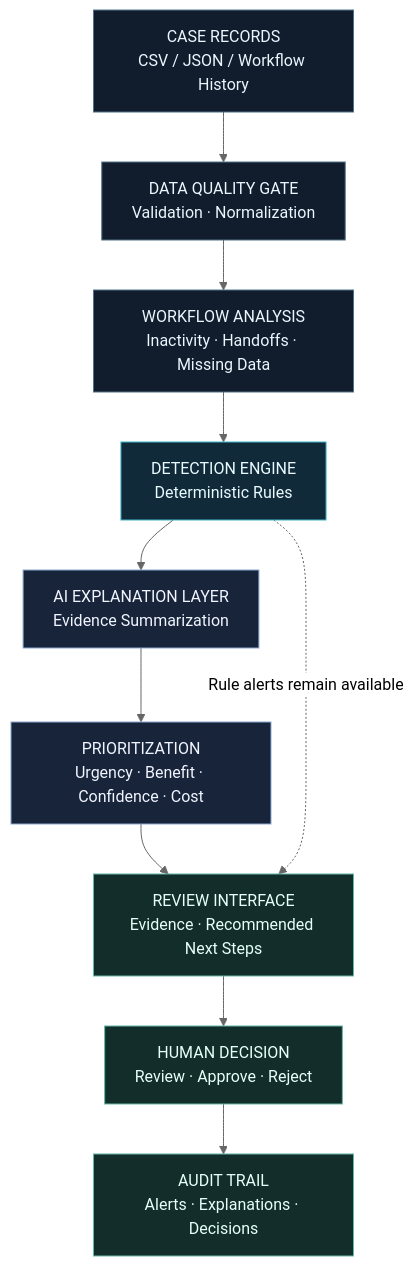
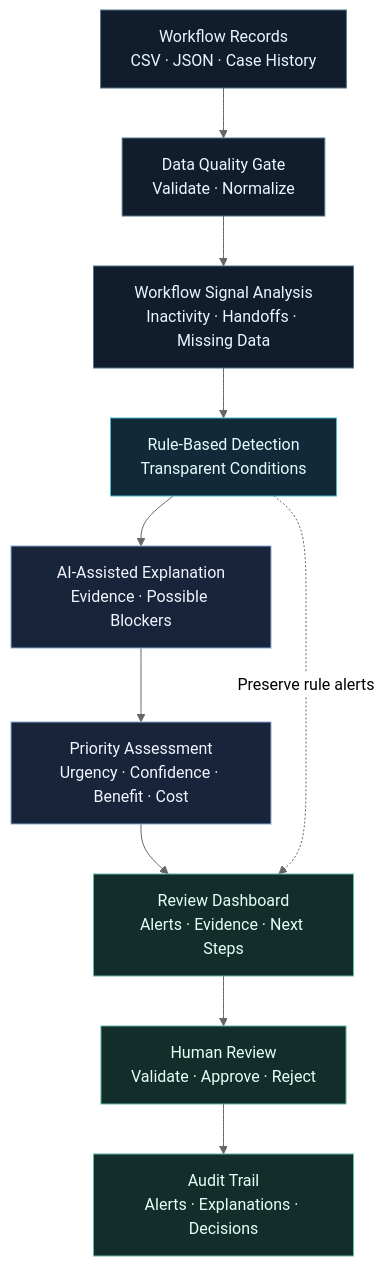
Before and after one commit to angeljainxcode/Ghost-queue-: the diagram in README.md, drawn with Mermaid (neutral theme). The commit also changed other lines of this file, not shown here.

````diff
--- a/README.md
+++ b/README.md
@@ -76,27 +87,26 @@
 ```mermaid
-flowchart TB
-    A["CASE RECORDS<br/>CSV / JSON / Workflow History"]
-    B["DATA QUALITY GATE<br/>Validation · Normalization"]
-    C["WORKFLOW ANALYSIS<br/>Inactivity · Handoffs · Missing Data"]
-    D["DETECTION ENGINE<br/>Deterministic Rules"]
-    E["AI EXPLANATION LAYER<br/>Evidence Summarization"]
-    F["PRIORITIZATION<br/>Urgency · Benefit · Confidence · Cost"]
-    G["REVIEW INTERFACE<br/>Evidence · Recommended Next Steps"]
-    H["HUMAN DECISION<br/>Review · Approve · Reject"]
-    I["AUDIT TRAIL<br/>Alerts · Explanations · Decisions"]
+flowchart TD
+    A["Workflow Records<br/>CSV · JSON · Case History"]
+    B["Data Quality Gate<br/>Validate · Normalize"]
+    C["Workflow Signal Analysis<br/>Inactivity · Handoffs · Missing Data"]
+    D["Rule-Based Detection<br/>Transparent Conditions"]
+    E["AI-Assisted Explanation<br/>Evidence · Possible Blockers"]
+    F["Priority Assessment<br/>Urgency · Confidence · Benefit · Cost"]
+    G["Review Dashboard<br/>Alerts · Evidence · Next Steps"]
+    H["Human Review<br/>Validate · Approve · Reject"]
+    I["Audit Trail<br/>Alerts · Explanations · Decisions"]
 
     A --> B --> C --> D
     D --> E --> F --> G --> H --> I
-
-    D -. "Rule alerts remain available" .-> G
+    D -. "Preserve rule alerts" .-> G
 
     classDef source fill:#111D2C,stroke:#52738B,color:#EAF7FF
     classDef rules fill:#102A3A,stroke:#42B8CA,color:#EAFBFF
     classDef ai fill:#17243A,stroke:#8AA8D0,color:#F1F5FF
     classDef human fill:#132D2B,stroke:#63B8A8,color:#E8FFF9
 
     class A,B,C source
     class D rules
     class E,F ai
     class G,H,I human
 ```
````
